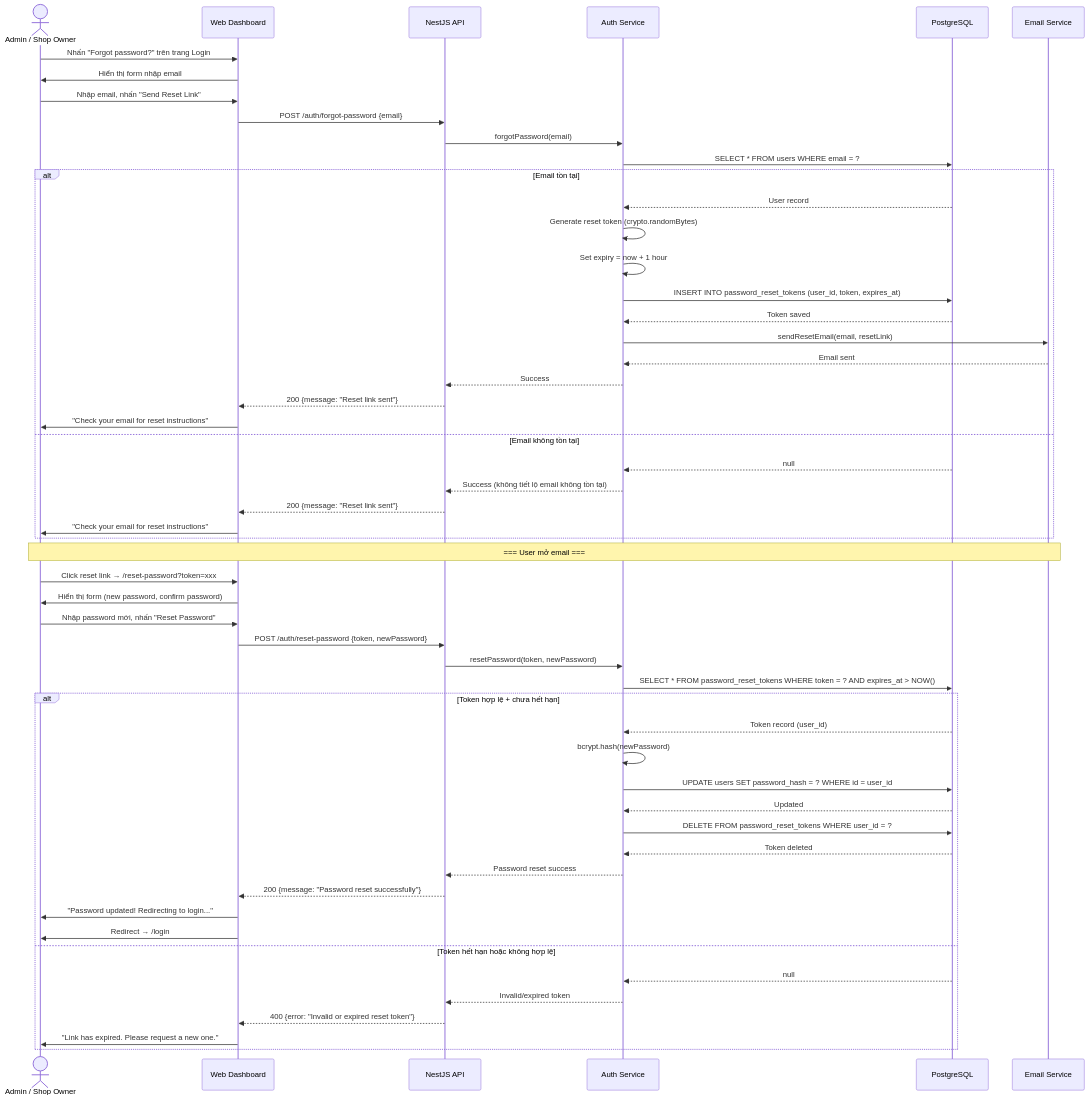
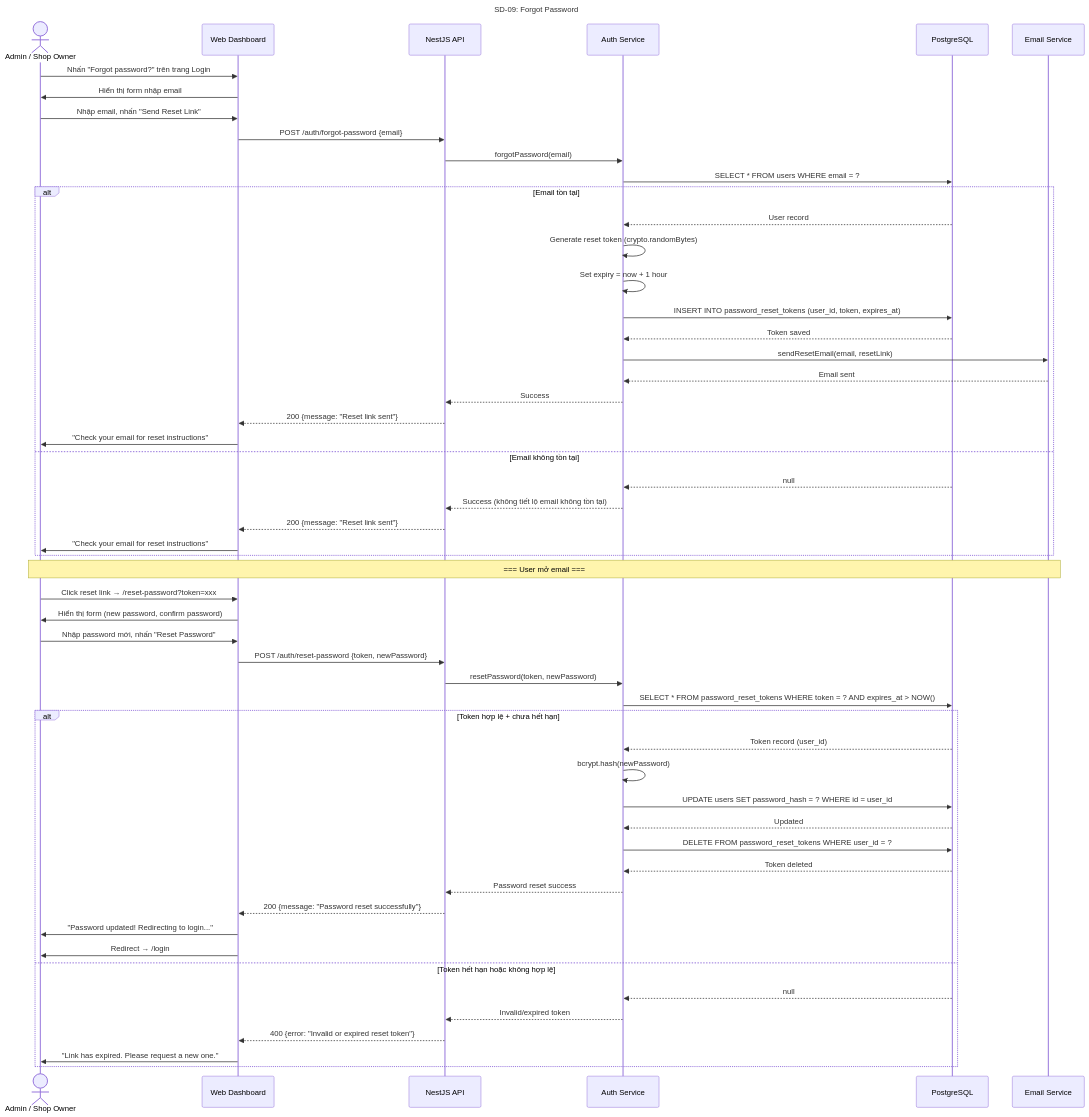
One commit to Ttuandatt/Seminar changed the ninth of 17 diagrams in docs/step3_prd/15_sequence_diagrams.md. Above: the diagram before and after it, drawn with Mermaid. The commit also changed other lines of this file, not shown here.

Commit message:
docs(sequence): add title labels to all 17 mermaid sequence diagrams for draw.io identification

````diff
--- a/docs/step3_prd/15_sequence_diagrams.md
+++ b/docs/step3_prd/15_sequence_diagrams.md
@@ -385,61 +393,62 @@
 ```mermaid
 sequenceDiagram
+    title SD-09: Forgot Password
     actor User as Admin / Shop Owner
     participant UI as Web Dashboard
     participant API as NestJS API
     participant Auth as Auth Service
     participant DB as PostgreSQL
     participant Email as Email Service
 
     User->>UI: Nhấn "Forgot password?" trên trang Login
     UI->>User: Hiển thị form nhập email
 
     User->>UI: Nhập email, nhấn "Send Reset Link"
     UI->>API: POST /auth/forgot-password {email}
     API->>Auth: forgotPassword(email)
     Auth->>DB: SELECT * FROM users WHERE email = ?
 
     alt Email tồn tại
         DB-->>Auth: User record
         Auth->>Auth: Generate reset token (crypto.randomBytes)
         Auth->>Auth: Set expiry = now + 1 hour
         Auth->>DB: INSERT INTO password_reset_tokens (user_id, token, expires_at)
         DB-->>Auth: Token saved
         Auth->>Email: sendResetEmail(email, resetLink)
         Email-->>Auth: Email sent
         Auth-->>API: Success
         API-->>UI: 200 {message: "Reset link sent"}
         UI->>User: "Check your email for reset instructions"
     else Email không tồn tại
         DB-->>Auth: null
         Auth-->>API: Success (không tiết lộ email không tồn tại)
         API-->>UI: 200 {message: "Reset link sent"}
         UI->>User: "Check your email for reset instructions"
     end
 
     Note over User, Email: === User mở email ===
     User->>UI: Click reset link → /reset-password?token=xxx
     UI->>User: Hiển thị form (new password, confirm password)
     User->>UI: Nhập password mới, nhấn "Reset Password"
     UI->>API: POST /auth/reset-password {token, newPassword}
     API->>Auth: resetPassword(token, newPassword)
     Auth->>DB: SELECT * FROM password_reset_tokens WHERE token = ? AND expires_at > NOW()
 
     alt Token hợp lệ + chưa hết hạn
         DB-->>Auth: Token record (user_id)
         Auth->>Auth: bcrypt.hash(newPassword)
         Auth->>DB: UPDATE users SET password_hash = ? WHERE id = user_id
         DB-->>Auth: Updated
         Auth->>DB: DELETE FROM password_reset_tokens WHERE user_id = ?
         DB-->>Auth: Token deleted
         Auth-->>API: Password reset success
         API-->>UI: 200 {message: "Password reset successfully"}
         UI->>User: "Password updated! Redirecting to login..."
         UI->>User: Redirect → /login
     else Token hết hạn hoặc không hợp lệ
         DB-->>Auth: null
         Auth-->>API: Invalid/expired token
         API-->>UI: 400 {error: "Invalid or expired reset token"}
         UI->>User: "Link has expired. Please request a new one."
     end
 ```
````
